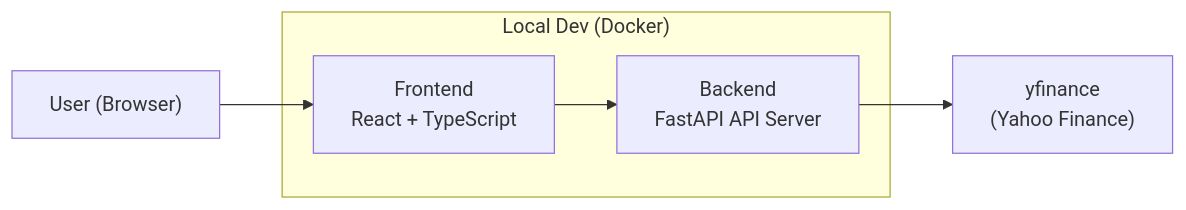
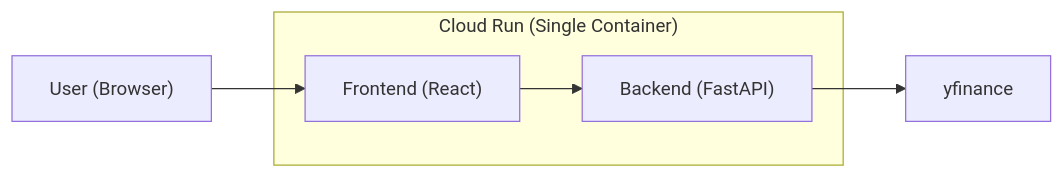
One commit to koki-ymd/stock-viewer changed the first of 4 diagrams in docs/architecture.md. Above: the diagram before and after it, drawn with Mermaid. The commit also changed other lines of this file, not shown here.

Commit message:
docs: update architecture.md for portfolio

````diff
--- a/docs/architecture.md
+++ b/docs/architecture.md
@@ -72,11 +76,12 @@
 ```mermaid
+%%{init: {"themeVariables": {"fontSize": "15px"}}}%%
 flowchart LR
-  User["User (Browser)"] --> FE["Frontend<br/>React + TypeScript"]
-  FE --> BE["Backend<br/>FastAPI API Server"]
-  BE --> YF["yfinance<br/>(Yahoo Finance)"]
+  User["User (Browser)"] --> FE["Frontend (React)"]
+  FE --> BE["Backend (FastAPI)"]
+  BE --> YF["yfinance"]
 
-  subgraph "Local Dev (Docker)"
+  subgraph "Cloud Run (Single Container)"
     FE
     BE
   end
-```    
+```
````
